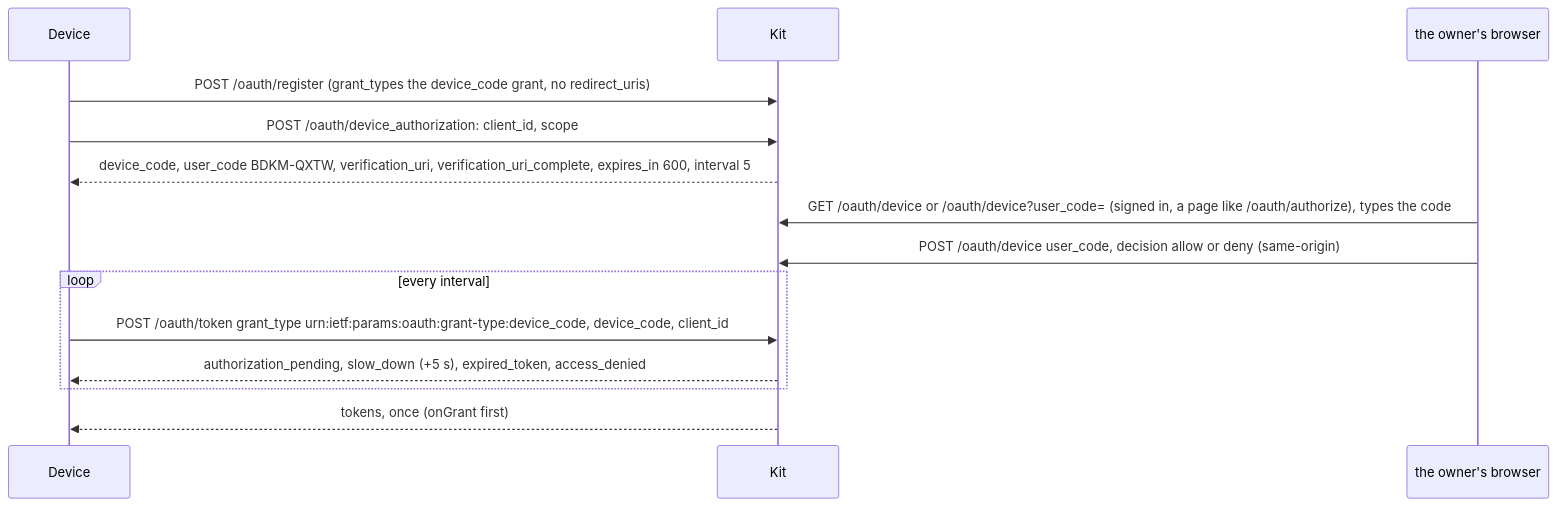
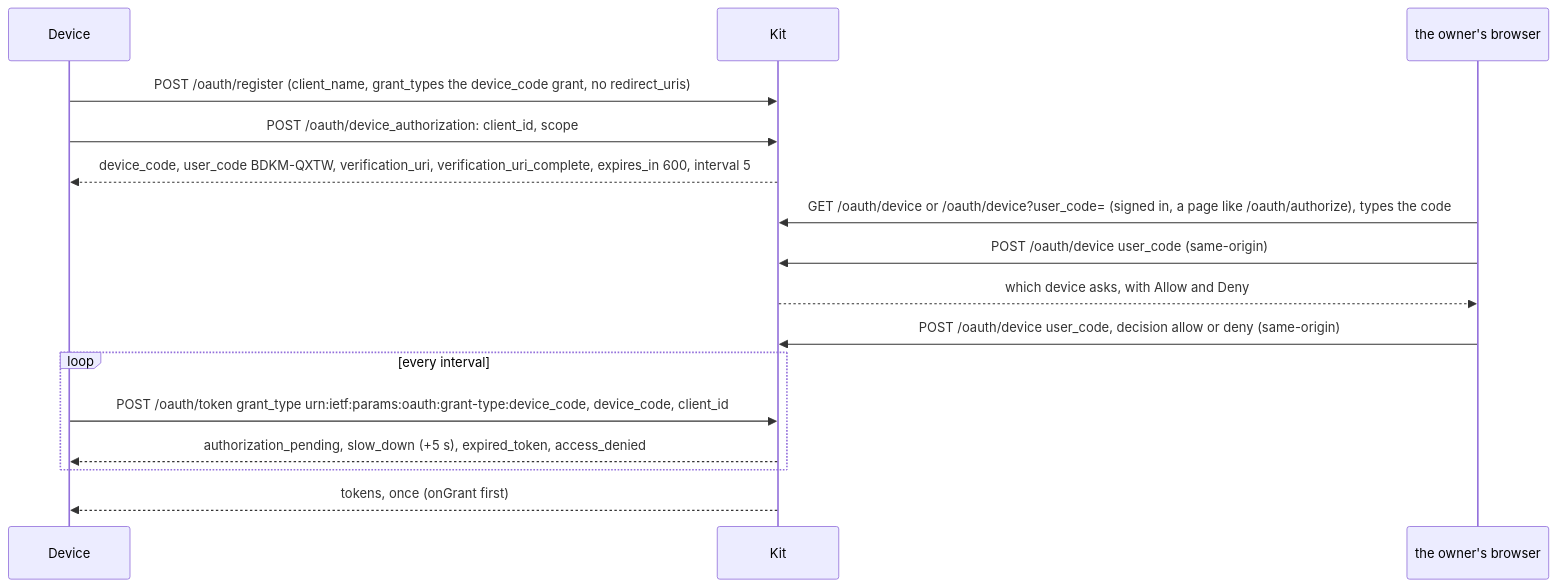
One commit to escalay/api-kit changed the sixth of 7 diagrams in src/oauth/README.md. Above: the diagram before and after it, drawn with Mermaid. The commit also changed 1 other file, not shown here.

Commit message:
docs: keep two facts the merged docs had dropped
The device diagram names client_name again and shows the device POST
in its two steps (the code, then the decision). core's README says why
cli.ts lives in core, which only the old AGENTS.md row said.

````diff
--- a/src/oauth/README.md
+++ b/src/oauth/README.md
@@ -323,16 +323,18 @@
 ```mermaid
 sequenceDiagram
   participant Device
   participant Kit
   participant Owner as the owner's browser
-  Device->>Kit: POST /oauth/register (grant_types the device_code grant, no redirect_uris)
+  Device->>Kit: POST /oauth/register (client_name, grant_types the device_code grant, no redirect_uris)
   Device->>Kit: POST /oauth/device_authorization: client_id, scope
   Kit-->>Device: device_code, user_code BDKM-QXTW, verification_uri, verification_uri_complete, expires_in 600, interval 5
   Owner->>Kit: GET /oauth/device or /oauth/device?user_code= (signed in, a page like /oauth/authorize), types the code
+  Owner->>Kit: POST /oauth/device user_code (same-origin)
+  Kit-->>Owner: which device asks, with Allow and Deny
   Owner->>Kit: POST /oauth/device user_code, decision allow or deny (same-origin)
   loop every interval
     Device->>Kit: POST /oauth/token grant_type urn:ietf:params:oauth:grant-type:device_code, device_code, client_id
     Kit-->>Device: authorization_pending, slow_down (+5 s), expired_token, access_denied
   end
   Kit-->>Device: tokens, once (onGrant first)
 ```
````
